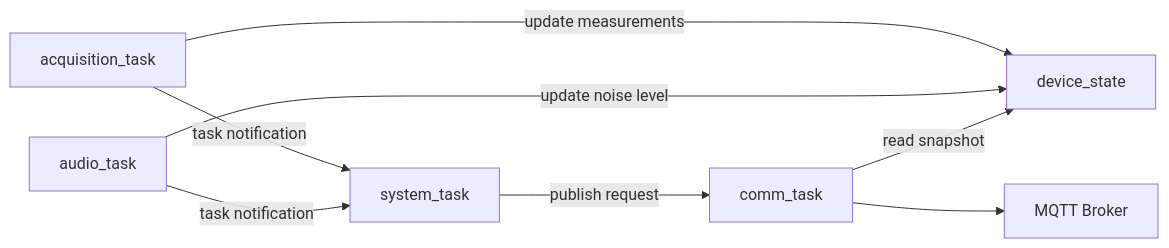
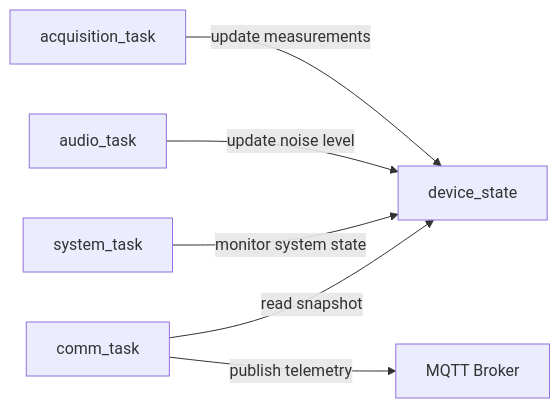
Before and after one commit to SimoPela/electrical_outlet_IOT: the second of 6 diagrams in README.md, drawn with Mermaid. The commit also changed other lines of this file and 6 other files, not shown here.

Commit message:
[new] system task: added motion and readme with examples

````diff
--- a/README.md
+++ b/README.md
@@ -396,24 +396,21 @@
 ``` mermaid
 flowchart LR
 
     A[acquisition_task]
     B[audio_task]
     S[system_task]
     C[comm_task]
 
     DS[device_state]
 
     MQTT[MQTT Broker]
 
     A -->|update measurements| DS
     B -->|update noise level| DS
 
-    A -->|task notification| S
-    B -->|task notification| S
-
-    S -->|publish request| C
+    S -->|monitor system state| DS
 
     C -->|read snapshot| DS
 
-    C --> MQTT
+    C -->|publish telemetry| MQTT
 ```
````
